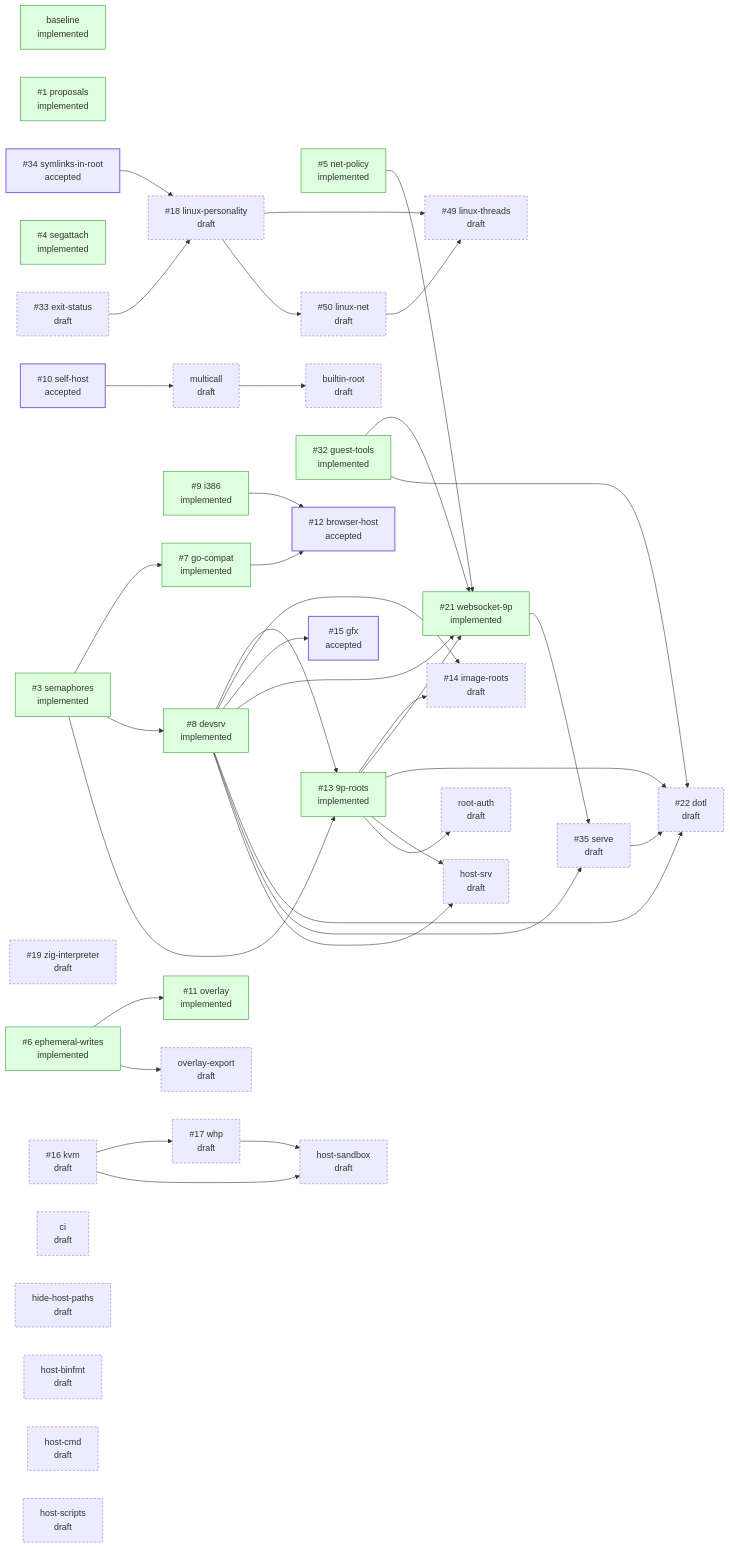
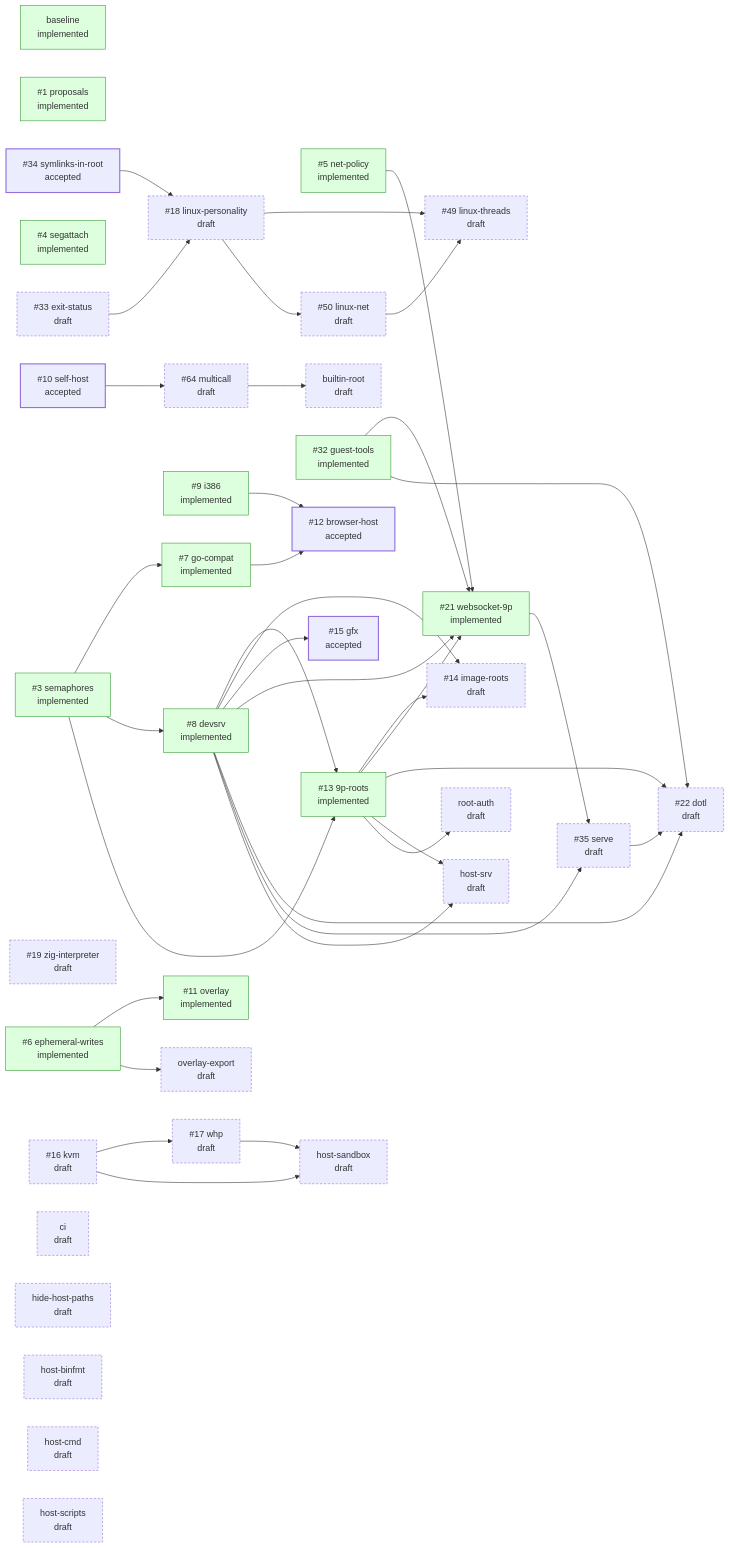
Before and after one commit to progrium/hyper9: the diagram in README.md, drawn with Mermaid. The commit also changed other lines of this file and 13 other files, not shown here.

````diff
--- a/README.md
+++ b/README.md
@@ -56,79 +56,79 @@
 ```mermaid
 flowchart LR
   classDef draft stroke-dasharray: 4 3
   classDef accepted stroke-width: 2px
   classDef implemented fill:#dfd,stroke:#393
   classDef closed fill:#eee,stroke:#999,color:#777
   p_baseline["baseline<br/>implemented"]:::implemented
   p_proposals["#35;1 proposals<br/>implemented"]:::implemented
   p_semaphores["#35;3 semaphores<br/>implemented"]:::implemented
   p_segattach["#35;4 segattach<br/>implemented"]:::implemented
   p_net_policy["#35;5 net-policy<br/>implemented"]:::implemented
   p_ephemeral_writes["#35;6 ephemeral-writes<br/>implemented"]:::implemented
   p_go_compat["#35;7 go-compat<br/>implemented"]:::implemented
   p_devsrv["#35;8 devsrv<br/>implemented"]:::implemented
   p_i386["#35;9 i386<br/>implemented"]:::implemented
   p_self_host["#35;10 self-host<br/>accepted"]:::accepted
   p_overlay["#35;11 overlay<br/>implemented"]:::implemented
   p_browser_host["#35;12 browser-host<br/>accepted"]:::accepted
   p_9p_roots["#35;13 9p-roots<br/>implemented"]:::implemented
   p_image_roots["#35;14 image-roots<br/>draft"]:::draft
   p_gfx["#35;15 gfx<br/>accepted"]:::accepted
   p_kvm["#35;16 kvm<br/>draft"]:::draft
   p_whp["#35;17 whp<br/>draft"]:::draft
   p_linux_personality["#35;18 linux-personality<br/>draft"]:::draft
   p_zig_interpreter["#35;19 zig-interpreter<br/>draft"]:::draft
   p_websocket_9p["#35;21 websocket-9p<br/>implemented"]:::implemented
   p_dotl["#35;22 dotl<br/>draft"]:::draft
   p_guest_tools["#35;32 guest-tools<br/>implemented"]:::implemented
   p_exit_status["#35;33 exit-status<br/>draft"]:::draft
   p_symlinks_in_root["#35;34 symlinks-in-root<br/>accepted"]:::accepted
   p_serve["#35;35 serve<br/>draft"]:::draft
   p_linux_threads["#35;49 linux-threads<br/>draft"]:::draft
   p_linux_net["#35;50 linux-net<br/>draft"]:::draft
+  p_multicall["#35;64 multicall<br/>draft"]:::draft
   p_builtin_root["builtin-root<br/>draft"]:::draft
   p_ci["ci<br/>draft"]:::draft
   p_hide_host_paths["hide-host-paths<br/>draft"]:::draft
   p_host_binfmt["host-binfmt<br/>draft"]:::draft
   p_host_cmd["host-cmd<br/>draft"]:::draft
   p_host_sandbox["host-sandbox<br/>draft"]:::draft
   p_host_scripts["host-scripts<br/>draft"]:::draft
   p_host_srv["host-srv<br/>draft"]:::draft
-  p_multicall["multicall<br/>draft"]:::draft
   p_overlay_export["overlay-export<br/>draft"]:::draft
   p_root_auth["root-auth<br/>draft"]:::draft
   p_semaphores --> p_go_compat
   p_semaphores --> p_devsrv
   p_ephemeral_writes --> p_overlay
   p_go_compat --> p_browser_host
   p_i386 --> p_browser_host
   p_semaphores --> p_9p_roots
   p_devsrv --> p_9p_roots
   p_devsrv --> p_image_roots
   p_9p_roots --> p_image_roots
   p_devsrv --> p_gfx
   p_kvm --> p_whp
   p_symlinks_in_root --> p_linux_personality
   p_exit_status --> p_linux_personality
   p_net_policy --> p_websocket_9p
   p_devsrv --> p_websocket_9p
   p_9p_roots --> p_websocket_9p
   p_guest_tools --> p_websocket_9p
   p_devsrv --> p_dotl
   p_9p_roots --> p_dotl
   p_serve --> p_dotl
   p_guest_tools --> p_dotl
   p_devsrv --> p_serve
   p_websocket_9p --> p_serve
   p_linux_personality --> p_linux_threads
   p_linux_net --> p_linux_threads
   p_linux_personality --> p_linux_net
+  p_self_host --> p_multicall
   p_multicall --> p_builtin_root
   p_kvm --> p_host_sandbox
   p_whp --> p_host_sandbox
   p_devsrv --> p_host_srv
   p_9p_roots --> p_host_srv
-  p_self_host --> p_multicall
   p_ephemeral_writes --> p_overlay_export
   p_9p_roots --> p_root_auth
 ```
````
